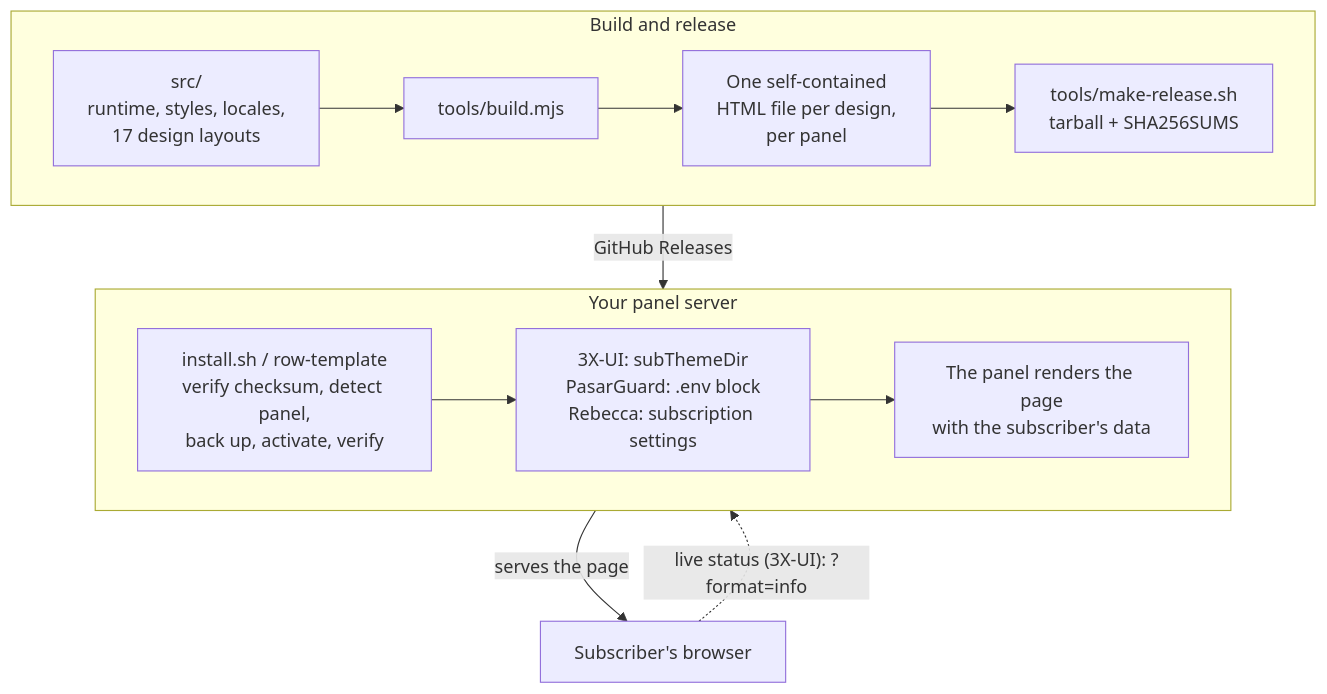
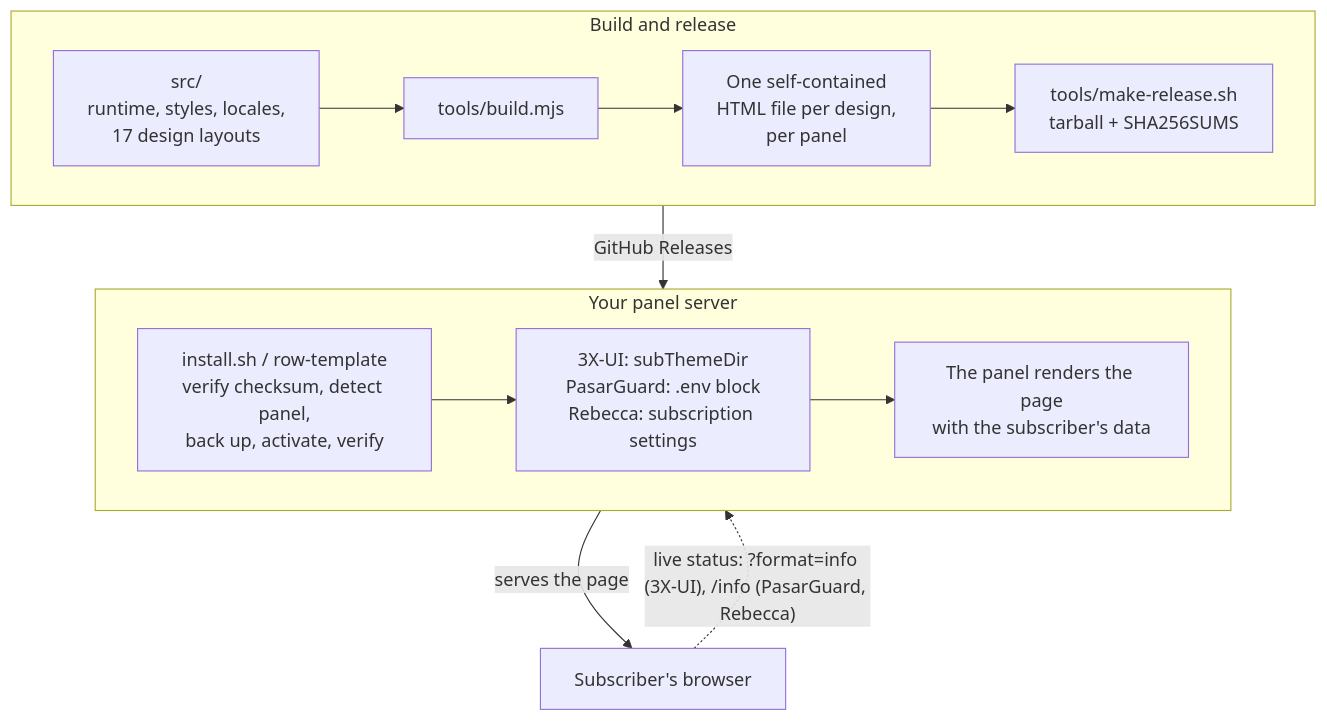
The diagram in README.fa.md (frank0live/compelex-subscription), drawn with Mermaid before and after one commit. The commit also changed other lines of this file and 22 other files, not shown here.

````diff
--- a/README.fa.md
+++ b/README.fa.md
@@ -133,17 +133,17 @@
 ```mermaid
 flowchart TB
   subgraph build ["Build and release"]
     direction LR
     SRC["src/<br/>runtime, styles, locales,<br/>17 design layouts"] --> BUILD["tools/build.mjs"]
     BUILD --> ART["One self-contained<br/>HTML file per design,<br/>per panel"]
     ART --> REL["tools/make-release.sh<br/>tarball + SHA256SUMS"]
   end
   subgraph host ["Your panel server"]
     direction LR
     INST["install.sh / row-template<br/>verify checksum, detect panel,<br/>back up, activate, verify"] --> DIR["3X-UI: subThemeDir<br/>PasarGuard: .env block<br/>Rebecca: subscription settings"]
     DIR --> XUI["The panel renders the page<br/>with the subscriber's data"]
   end
   build -- "GitHub Releases" --> host
   host -- "serves the page" --> BROWSER["Subscriber's browser"]
-  BROWSER -. "live status (3X-UI): ?format=info" .-> host
+  BROWSER -. "live status: ?format=info (3X-UI), /info (PasarGuard, Rebecca)" .-> host
 ```
````
